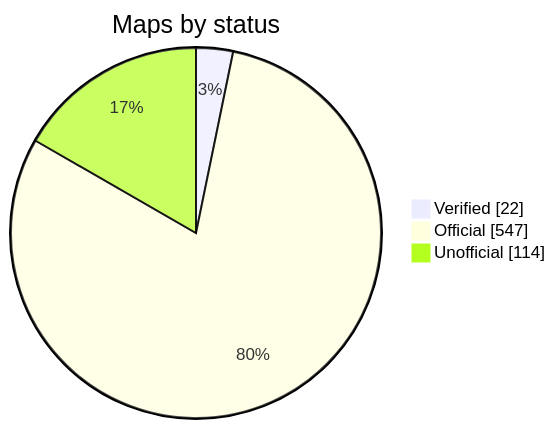
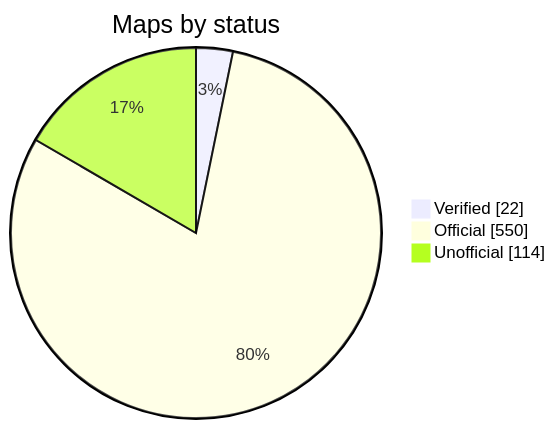
The diagram in README.md (nobrega8/mbmap-library), drawn with Mermaid before and after one commit. The commit also changed 8 other files, not shown here.

````diff
--- a/README.md
+++ b/README.md
@@ -52,7 +52,7 @@
 ```mermaid
 pie showData
     title Maps by status
     "Verified" : 22
-    "Official" : 547
+    "Official" : 550
     "Unofficial" : 114
 ```
````
